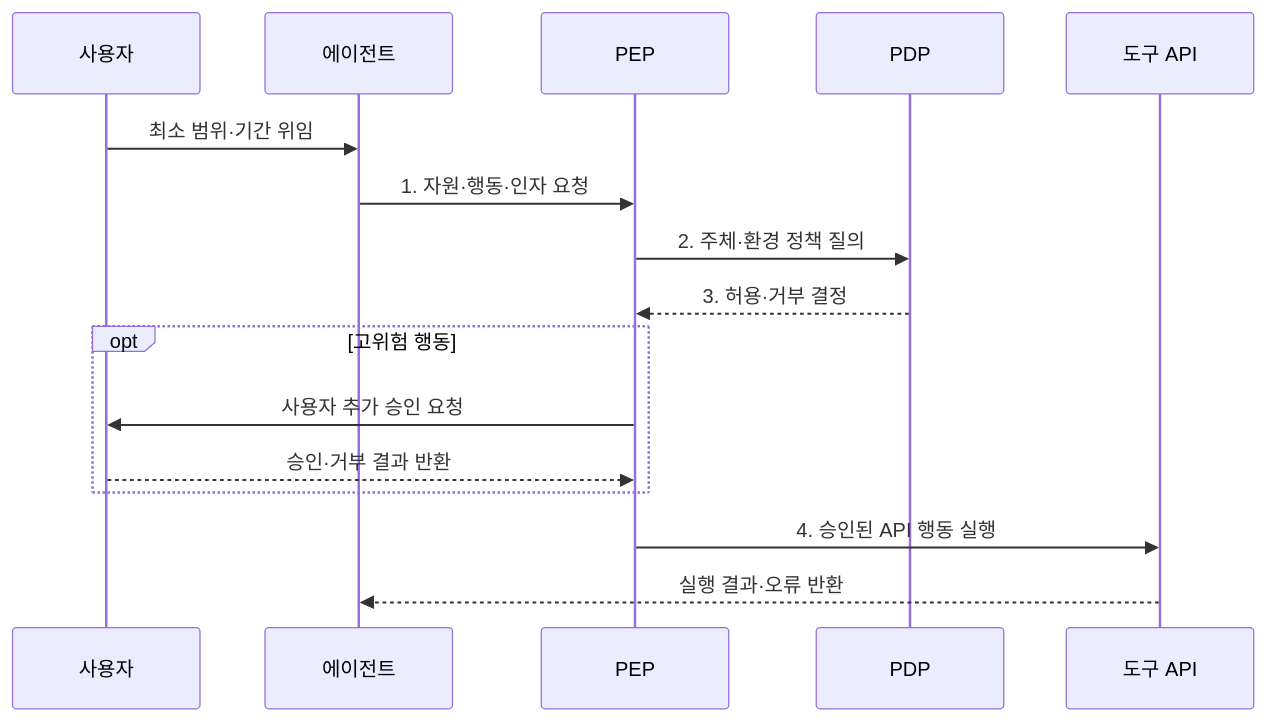
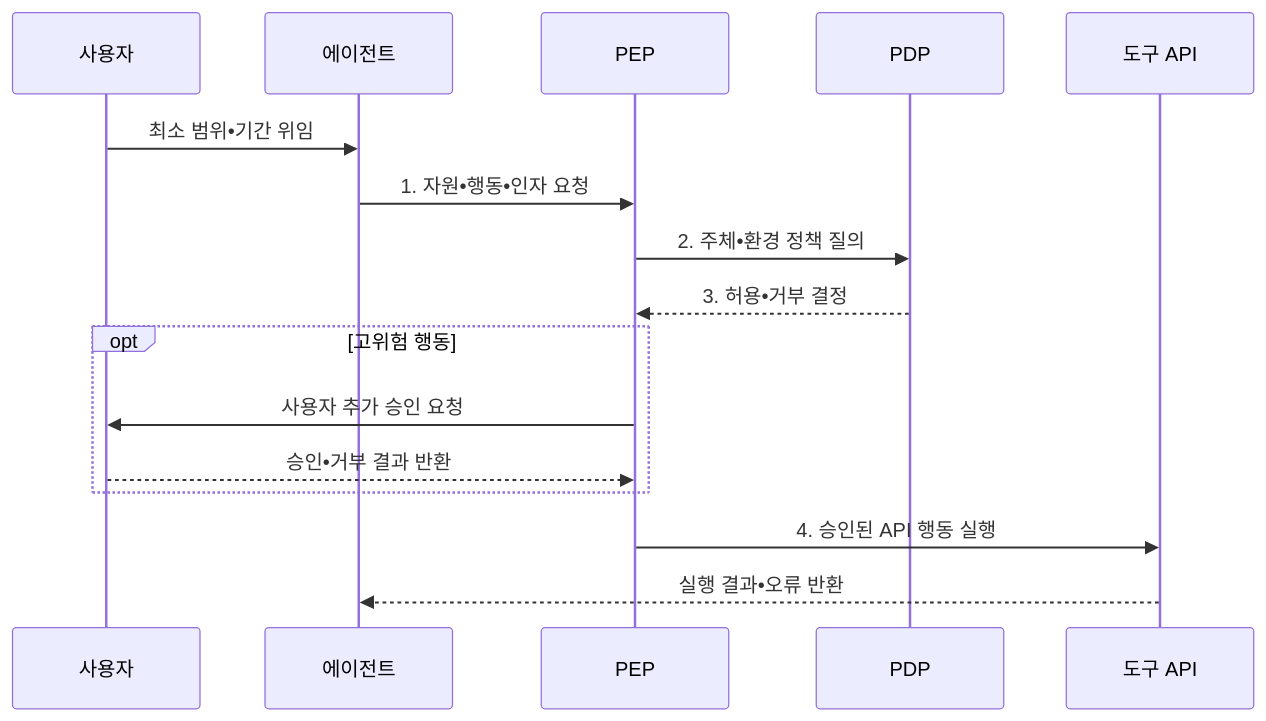
One commit to agnusdei1207/knowledge-base changed the second of 2 diagrams in src/content/docs/notes/08-latest-tech/017_agent_authorization_control.md. Above: the diagram before and after it, drawn with Mermaid. The commit also changed other lines of this file and 953 other files, not shown here.

````diff
--- a/src/content/docs/notes/08-latest-tech/017_agent_authorization_control.md
+++ b/src/content/docs/notes/08-latest-tech/017_agent_authorization_control.md
@@ -107,18 +107,18 @@
 ```mermaid
 sequenceDiagram
     participant U as 사용자
     participant A as 에이전트
     participant E as PEP
     participant D as PDP
     participant T as 도구 API
-    U->>A: 최소 범위·기간 위임
-    A->>E: 1. 자원·행동·인자 요청
-    E->>D: 2. 주체·환경 정책 질의
-    D-->>E: 3. 허용·거부 결정
+    U->>A: 최소 범위•기간 위임
+    A->>E: 1. 자원•행동•인자 요청
+    E->>D: 2. 주체•환경 정책 질의
+    D-->>E: 3. 허용•거부 결정
     opt 고위험 행동
         E->>U: 사용자 추가 승인 요청
-        U-->>E: 승인·거부 결과 반환
+        U-->>E: 승인•거부 결과 반환
     end
     E->>T: 4. 승인된 API 행동 실행
-    T-->>A: 실행 결과·오류 반환
+    T-->>A: 실행 결과•오류 반환
 ```
````
